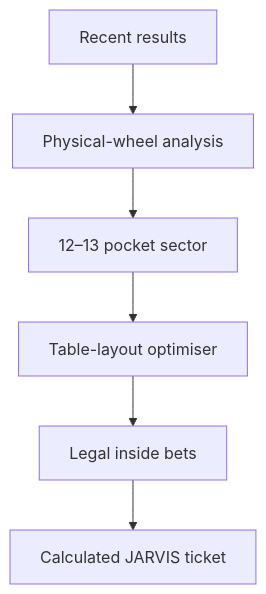
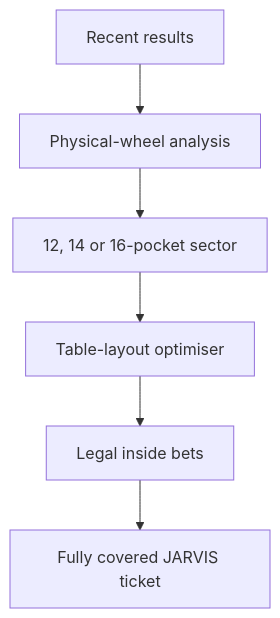
Before and after one commit to marcmonferrer/roulette-jarvis: the diagram in README.md, drawn with Mermaid. The commit also changed other lines of this file, not shown here.

Commit message:
Update sector sizes and automatic chip calculation

````diff
--- a/README.md
+++ b/README.md
@@ -49,8 +47,8 @@
 ```mermaid
 flowchart TD
     A["Recent results"] --> B["Physical-wheel analysis"]
-    B --> C["12–13 pocket sector"]
+    B --> C["12, 14 or 16-pocket sector"]
     C --> D["Table-layout optimiser"]
     D --> E["Legal inside bets"]
-    E --> F["Calculated JARVIS ticket"]
+    E --> F["Fully covered JARVIS ticket"]
 ```
````
